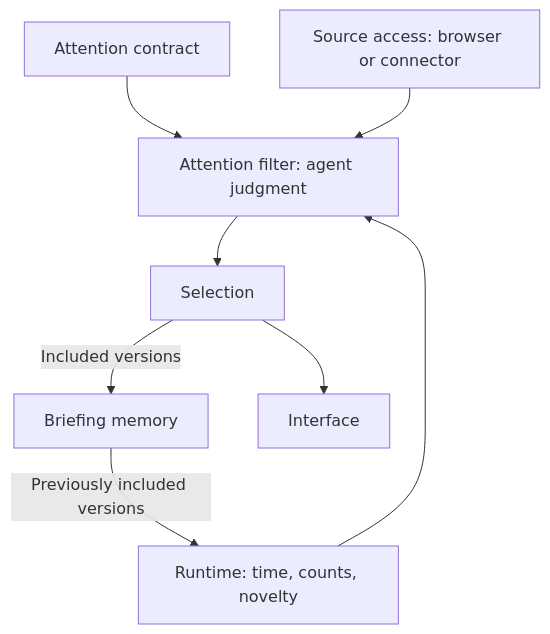
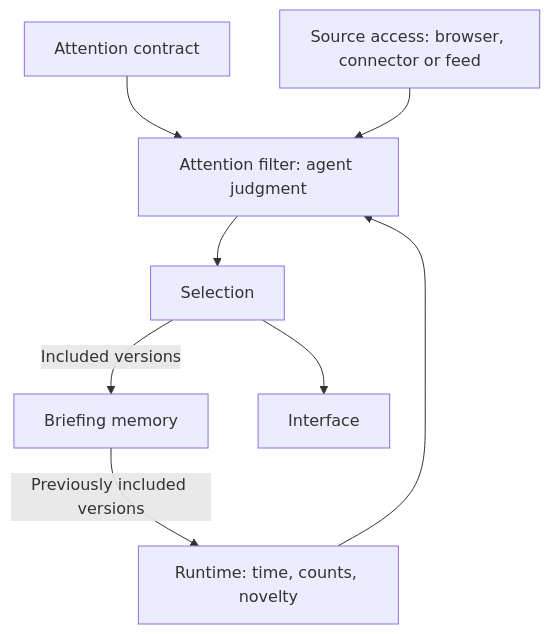
Before and after one commit to mberto10/applied-systems: the diagram in plugins/attention-diet/docs/architecture.md, drawn with Mermaid. The commit also changed other lines of this file and 46 other files, not shown here.

````diff
--- a/plugins/attention-diet/docs/architecture.md
+++ b/plugins/attention-diet/docs/architecture.md
@@ -12,10 +12,10 @@
 ```mermaid
 flowchart TD
   C[Attention contract] --> F[Attention filter: agent judgment]
-  A[Source access: browser or connector] --> F
+  A[Source access: browser, connector or feed] --> F
   R[Runtime: time, counts, novelty] --> F
   M[Briefing memory] -->|Previously included versions| R
   F --> S[Selection]
   S --> O[Interface]
   S -->|Included versions| M
 ```
````
